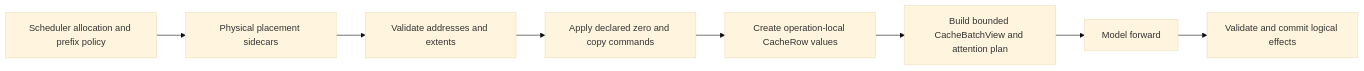
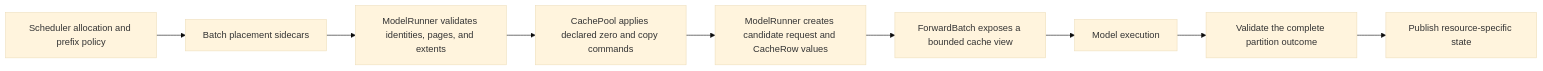
One commit to hao-ai-lab/uniserve changed the diagram in docs/kv-cache-management.md. Above: the diagram before and after it, drawn with Mermaid (base theme). The commit also changed other lines of this file and 65 other files, not shown here.

````diff
--- a/docs/kv-cache-management.md
+++ b/docs/kv-cache-management.md
@@ -38,10 +39,11 @@
 ```mermaid
 flowchart LR
-    S["Scheduler allocation and prefix policy"] --> P["Physical placement sidecars"]
-    P --> V["Validate addresses and extents"]
-    V --> Z["Apply declared zero and copy commands"]
-    Z --> R["Create operation-local CacheRow values"]
-    R --> F["Build bounded CacheBatchView and attention plan"]
-    F --> M["Model forward"]
-    M --> C["Validate and commit logical effects"]
+    S["Scheduler allocation and prefix policy"] --> P["Batch placement sidecars"]
+    P --> V["ModelRunner validates identities, pages, and extents"]
+    V --> Z["CachePool applies declared zero and copy commands"]
+    Z --> R["ModelRunner creates candidate request and CacheRow values"]
+    R --> F["ForwardBatch exposes a bounded cache view"]
+    F --> M["Model execution"]
+    M --> C["Validate the complete partition outcome"]
+    C --> U["Publish resource-specific state"]
 ```
````
